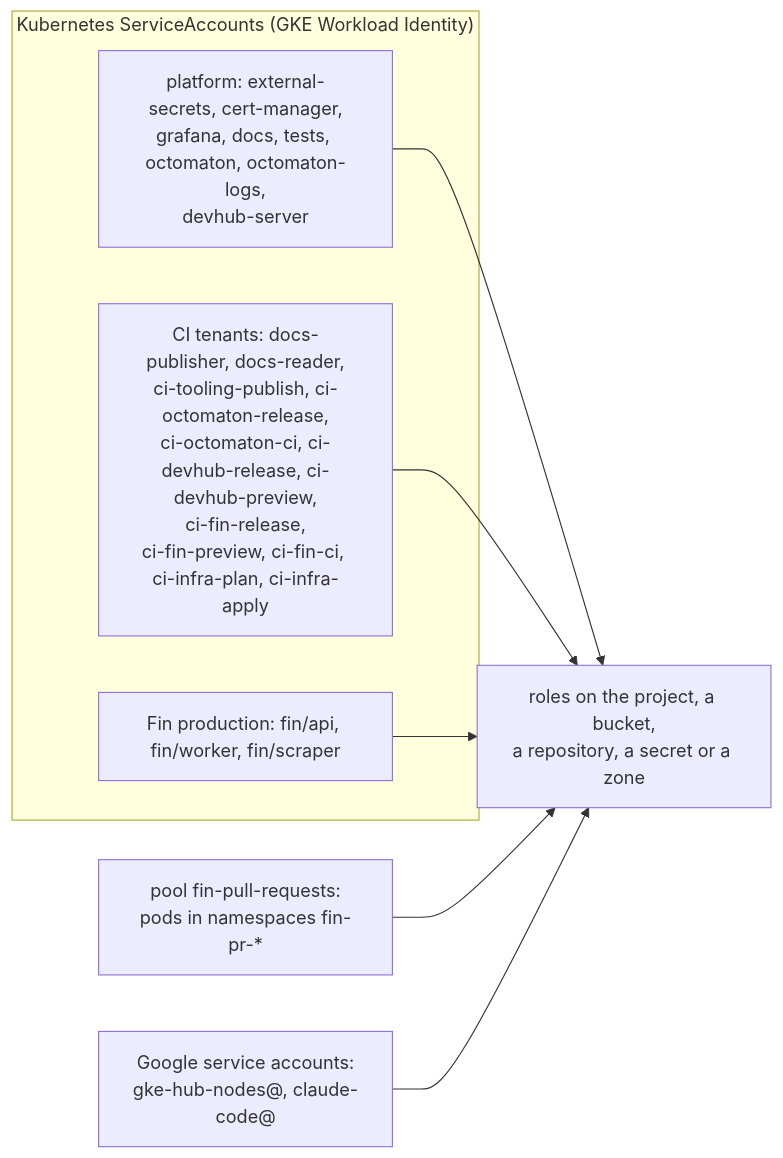
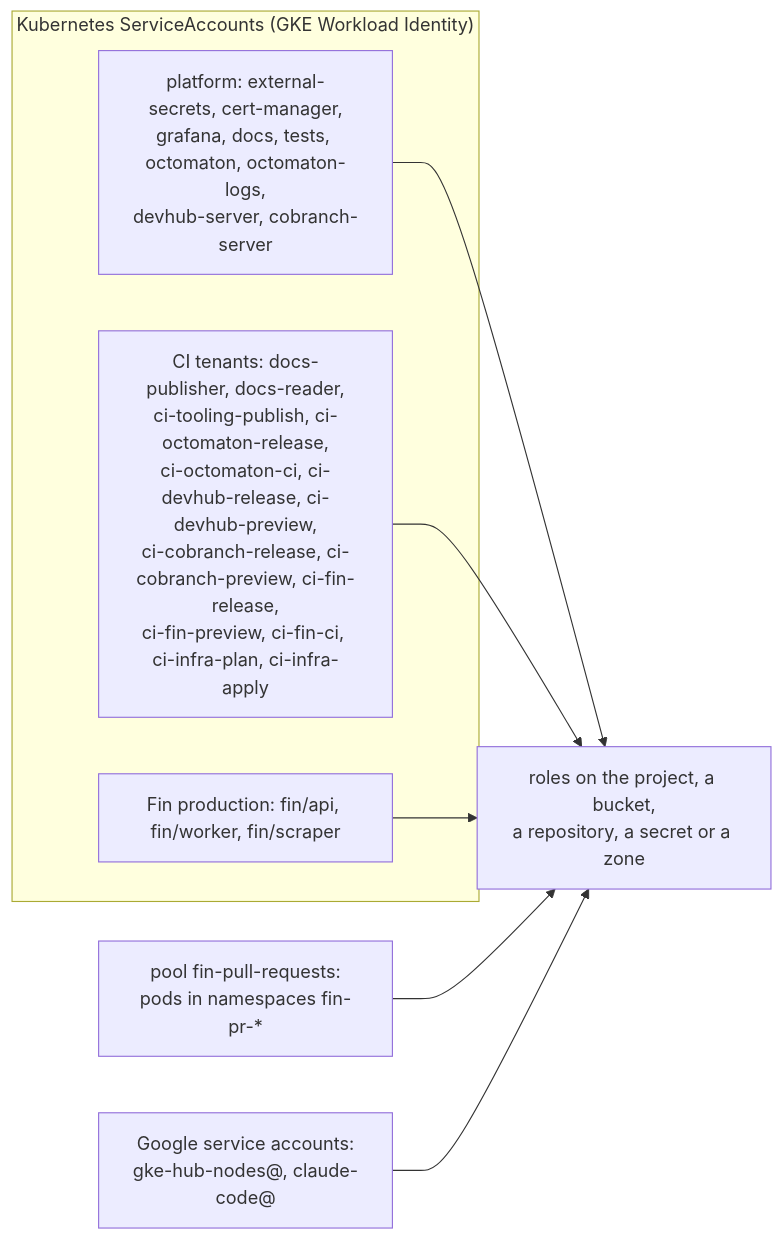
Before and after one commit to arikkfir-org/infra: the second of 2 diagrams in docs/infra/terraform/gcp.md, drawn with Mermaid. The commit also changed other lines of this file and 5 other files, not shown here.

````diff
--- a/docs/infra/terraform/gcp.md
+++ b/docs/infra/terraform/gcp.md
@@ -156,11 +161,11 @@
 ```mermaid
 flowchart LR
   subgraph k8s["Kubernetes ServiceAccounts (GKE Workload Identity)"]
-    PLAT["platform: external-secrets, cert-manager,<br/>grafana, docs, tests, octomaton, octomaton-logs,<br/>devhub-server"]
-    TEN["CI tenants: docs-publisher, docs-reader,<br/>ci-tooling-publish, ci-octomaton-release,<br/>ci-octomaton-ci, ci-devhub-release, ci-devhub-preview,<br/>ci-fin-release,<br/>ci-fin-preview, ci-fin-ci, ci-infra-plan, ci-infra-apply"]
+    PLAT["platform: external-secrets, cert-manager,<br/>grafana, docs, tests, octomaton, octomaton-logs,<br/>devhub-server, cobranch-server"]
+    TEN["CI tenants: docs-publisher, docs-reader,<br/>ci-tooling-publish, ci-octomaton-release,<br/>ci-octomaton-ci, ci-devhub-release, ci-devhub-preview,<br/>ci-cobranch-release, ci-cobranch-preview, ci-fin-release,<br/>ci-fin-preview, ci-fin-ci, ci-infra-plan, ci-infra-apply"]
     FINP["Fin production: fin/api, fin/worker, fin/scraper"]
   end
   POOL["pool fin-pull-requests:<br/>pods in namespaces fin-pr-*"]
   GSA["Google service accounts:<br/>gke-hub-nodes@, claude-code@"]
   PLAT & TEN & FINP & POOL & GSA --> R["roles on the project, a bucket,<br/>a repository, a secret or a zone"]
 ```
````
